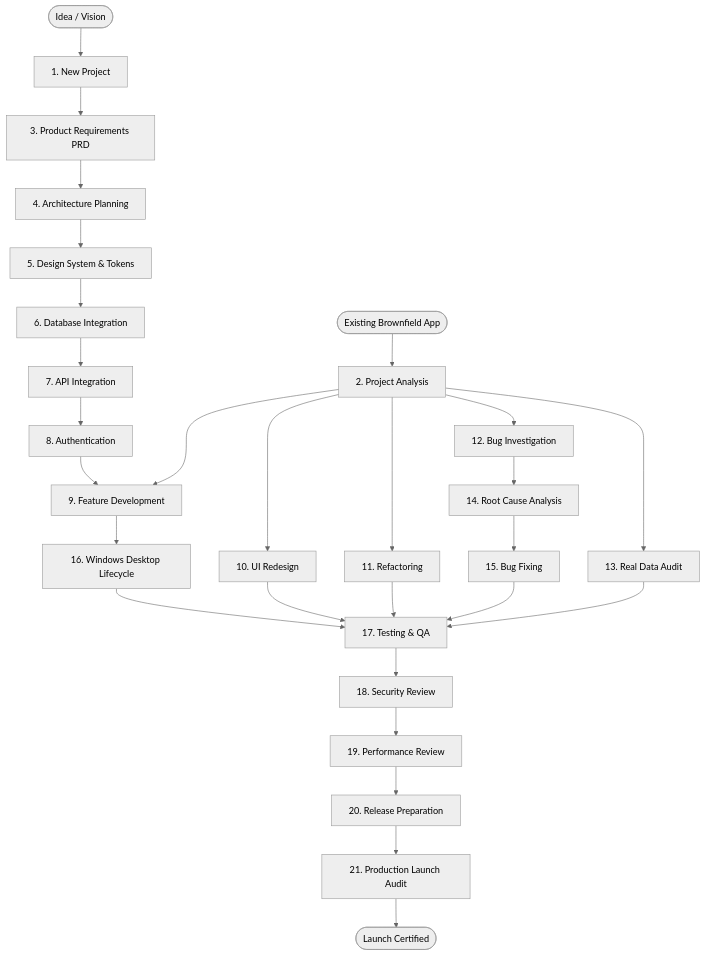
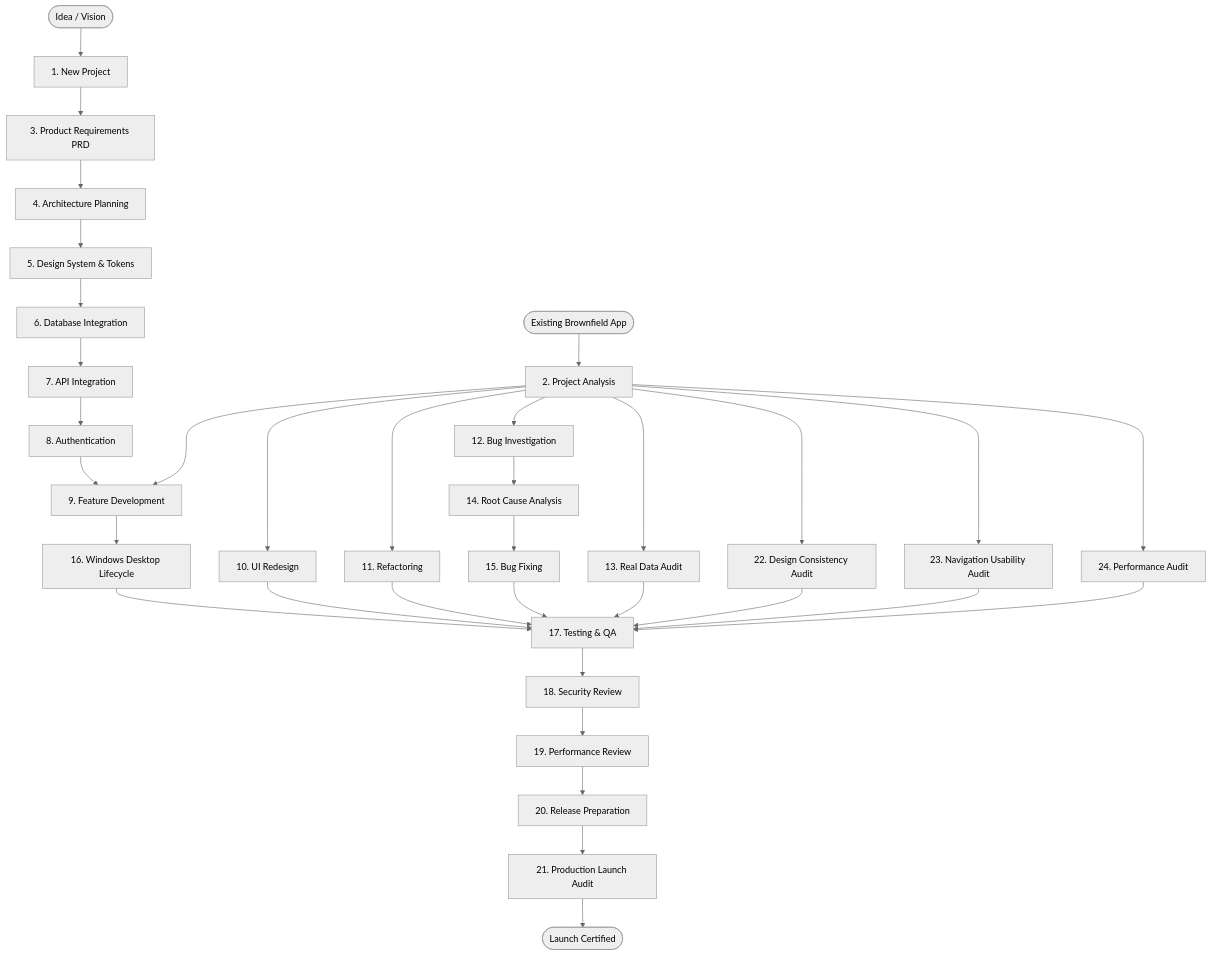
One commit to valaprashant97/flutter-agent-kit changed the diagram in docs/WORKFLOWS.md. Above: the diagram before and after it, drawn with Mermaid (neutral theme). The commit also changed other lines of this file and 5 other files, not shown here.

First line of the commit message:
docs(system): synchronize architecture blueprints, catalogs, release changelog, and tasks roadmap

````diff
--- a/docs/WORKFLOWS.md
+++ b/docs/WORKFLOWS.md
@@ -9,34 +9,40 @@
 ```mermaid
 flowchart TD
     Concept([Idea / Vision]) --> WF1[1. New Project]
     WF1 --> WF3[3. Product Requirements PRD]
     WF3 --> WF4[4. Architecture Planning]
     WF4 --> WF5[5. Design System & Tokens]
     WF5 --> WF6[6. Database Integration]
     WF6 --> WF7[7. API Integration]
     WF7 --> WF8[8. Authentication]
     WF8 --> WF9[9. Feature Development]
     
     Existing([Existing Brownfield App]) --> WF2[2. Project Analysis]
     WF2 --> WF9
     WF2 --> WF10[10. UI Redesign]
     WF2 --> WF11[11. Refactoring]
     WF2 --> WF12[12. Bug Investigation]
     WF2 --> WF13[13. Real Data Audit]
+    WF2 --> WF22[22. Design Consistency Audit]
+    WF2 --> WF23[23. Navigation Usability Audit]
+    WF2 --> WF24[24. Performance Audit]
 
     WF12 --> WF14[14. Root Cause Analysis]
     WF14 --> WF15[15. Bug Fixing]
     WF15 --> WF17[17. Testing & QA]
     WF13 --> WF17
+    WF22 --> WF17
+    WF23 --> WF17
+    WF24 --> WF17
 
     WF9 --> WF16[16. Windows Desktop Lifecycle]
     WF10 --> WF17
     WF11 --> WF17
     WF16 --> WF17
 
     WF17 --> WF18[18. Security Review]
     WF18 --> WF19[19. Performance Review]
     WF19 --> WF20[20. Release Preparation]
     WF20 --> WF21[21. Production Launch Audit]
     WF21 --> Certified([Launch Certified])
 ```
````
